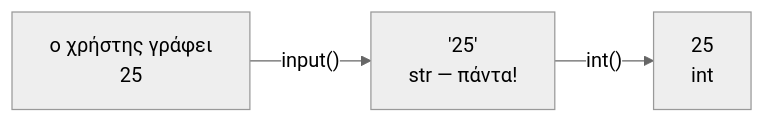
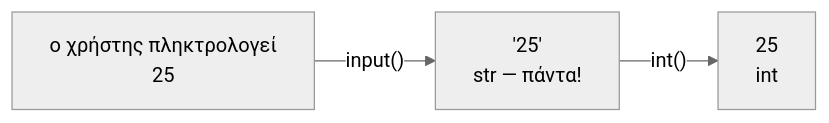
One commit to zafeirakopoulos/pliroforiki changed the fourth of 5 diagrams in week1.qmd. Above: the diagram before and after it, drawn with Mermaid (neutral theme). The commit also changed other lines of this file, not shown here.

````diff
--- a/week1.qmd
+++ b/week1.qmd
@@ -263,5 +263,5 @@
 ```{mermaid}
 flowchart LR
-    kb["ο χρήστης γράφει<br>25"] -->|"input()"| s["'25'<br>str — πάντα!"]
+    kb["ο χρήστης πληκτρολογεί<br>25"] -->|"input()"| s["'25'<br>str — πάντα!"]
     s -->|"int()"| n["25<br>int"]
 ```
````
